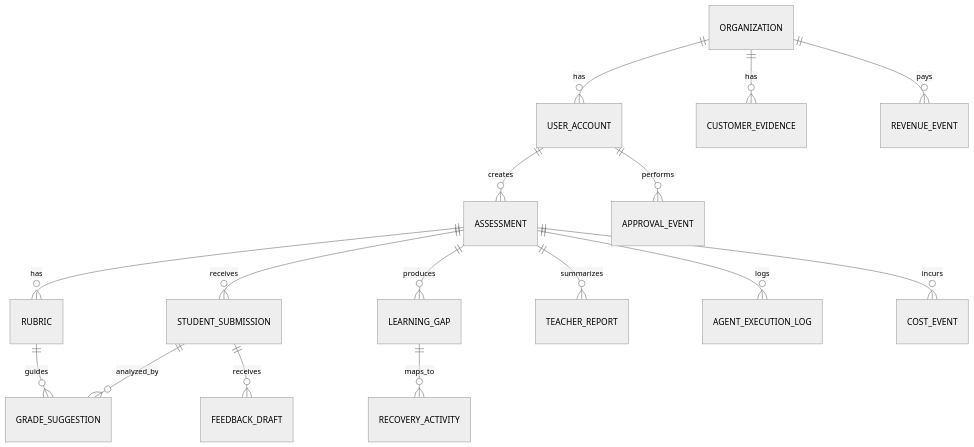
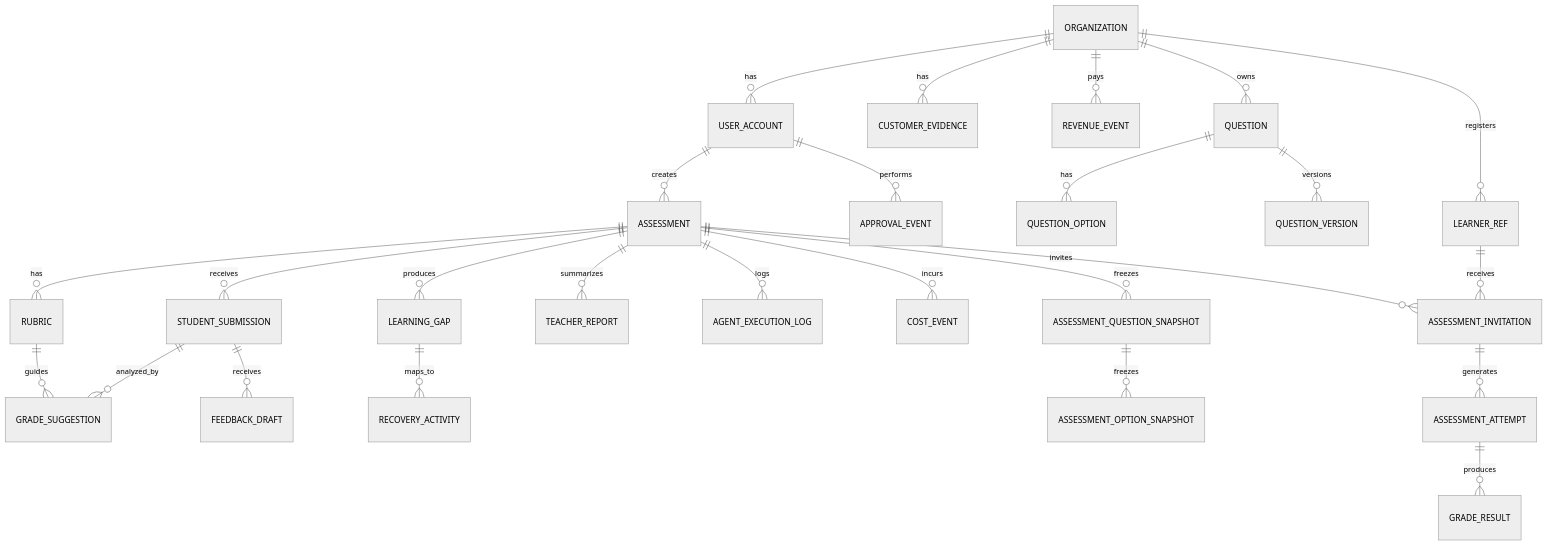
One commit to cmartinezs/grade-ops-ai-docs changed the first of 8 diagrams in .all-by-category/05-architecture.md. Above: the diagram before and after it, drawn with Mermaid (neutral theme). The commit also changed other lines of this file and 38 other files, not shown here.

Commit message:
Enhance README with updated architecture goals and add Active Decision Records for closed assessment mode. Introduce detailed descriptions for assessment agents and clarify student access via secure links.

````diff
--- a/.all-by-category/05-architecture.md
+++ b/.all-by-category/05-architecture.md
@@ -562,18 +562,28 @@
 ```mermaid
 erDiagram
     ORGANIZATION ||--o{ USER_ACCOUNT : has
     USER_ACCOUNT ||--o{ ASSESSMENT : creates
     ASSESSMENT ||--o{ RUBRIC : has
     ASSESSMENT ||--o{ STUDENT_SUBMISSION : receives
     RUBRIC ||--o{ GRADE_SUGGESTION : guides
     STUDENT_SUBMISSION ||--o{ GRADE_SUGGESTION : analyzed_by
     STUDENT_SUBMISSION ||--o{ FEEDBACK_DRAFT : receives
     ASSESSMENT ||--o{ LEARNING_GAP : produces
     LEARNING_GAP ||--o{ RECOVERY_ACTIVITY : maps_to
     ASSESSMENT ||--o{ TEACHER_REPORT : summarizes
     ASSESSMENT ||--o{ AGENT_EXECUTION_LOG : logs
     USER_ACCOUNT ||--o{ APPROVAL_EVENT : performs
     ORGANIZATION ||--o{ CUSTOMER_EVIDENCE : has
     ORGANIZATION ||--o{ REVENUE_EVENT : pays
     ASSESSMENT ||--o{ COST_EVENT : incurs
+    ORGANIZATION ||--o{ QUESTION : owns
+    QUESTION ||--o{ QUESTION_OPTION : has
+    QUESTION ||--o{ QUESTION_VERSION : versions
+    ASSESSMENT ||--o{ ASSESSMENT_QUESTION_SNAPSHOT : freezes
+    ASSESSMENT_QUESTION_SNAPSHOT ||--o{ ASSESSMENT_OPTION_SNAPSHOT : freezes
+    ORGANIZATION ||--o{ LEARNER_REF : registers
+    ASSESSMENT ||--o{ ASSESSMENT_INVITATION : invites
+    LEARNER_REF ||--o{ ASSESSMENT_INVITATION : receives
+    ASSESSMENT_INVITATION ||--o{ ASSESSMENT_ATTEMPT : generates
+    ASSESSMENT_ATTEMPT ||--o{ GRADE_RESULT : produces
 ```
````
